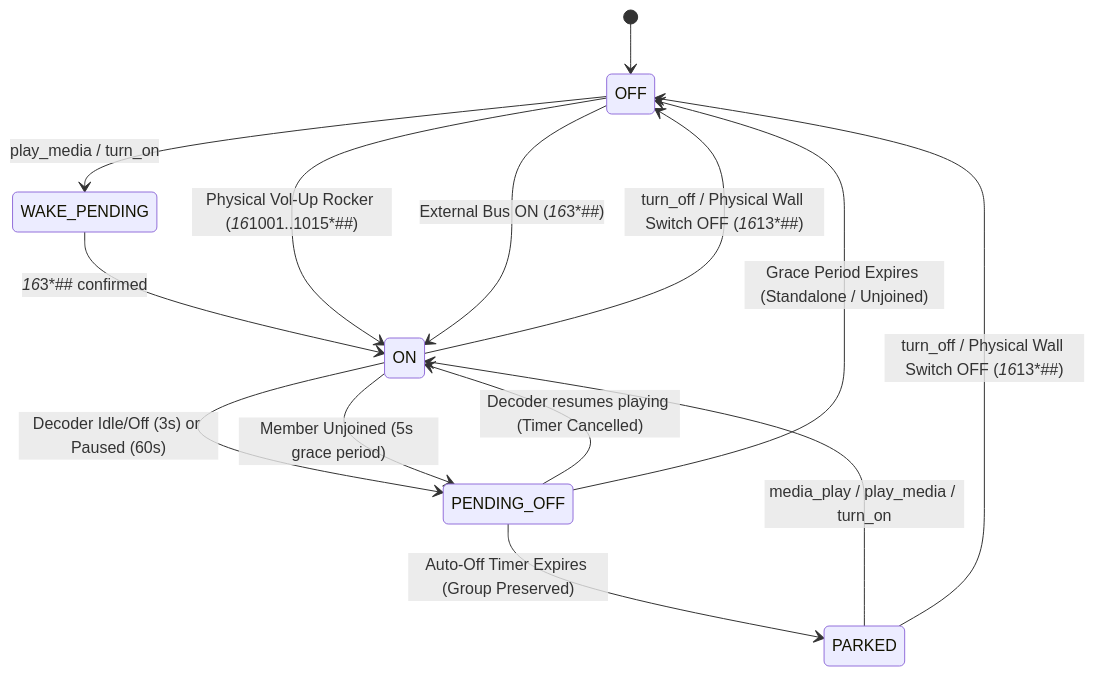
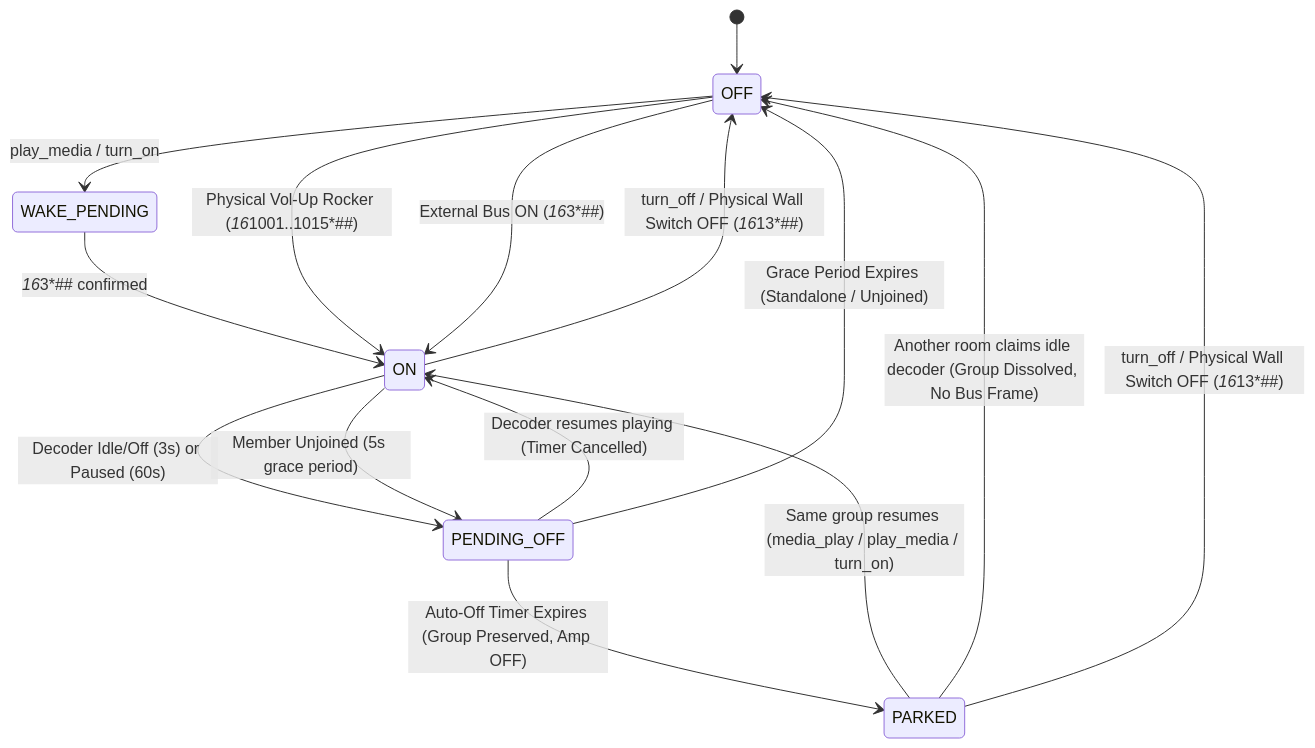
Before and after one commit to GreenGrassBlueOcean/MyHOME: the first of 2 diagrams in docs/configuration/media_player.md, drawn with Mermaid. The commit also changed other lines of this file and 8 other files, not shown here.

First line of the commit message:
fix(media_player): allow claiming idle decoder from parked group and reconcile displaced rooms

````diff
--- a/docs/configuration/media_player.md
+++ b/docs/configuration/media_player.md
@@ -598,16 +598,17 @@
 ```mermaid
 stateDiagram-v2
     [*] --> OFF
     OFF --> WAKE_PENDING: play_media / turn_on
     WAKE_PENDING --> ON: *16*3*<WHERE>## confirmed
     OFF --> ON: Physical Vol-Up Rocker (*16*1001..1015*<WHERE>##)
     OFF --> ON: External Bus ON (*16*3*<WHERE>##)
     ON --> PENDING_OFF: Decoder Idle/Off (3s) or Paused (60s)
     ON --> PENDING_OFF: Member Unjoined (5s grace period)
     PENDING_OFF --> ON: Decoder resumes playing (Timer Cancelled)
-    PENDING_OFF --> PARKED: Auto-Off Timer Expires (Group Preserved)
+    PENDING_OFF --> PARKED: Auto-Off Timer Expires (Group Preserved, Amp OFF)
     PENDING_OFF --> OFF: Grace Period Expires (Standalone / Unjoined)
-    PARKED --> ON: media_play / play_media / turn_on
+    PARKED --> ON: Same group resumes (media_play / play_media / turn_on)
+    PARKED --> OFF: Another room claims idle decoder (Group Dissolved, No Bus Frame)
     PARKED --> OFF: turn_off / Physical Wall Switch OFF (*16*13*<WHERE>##)
     ON --> OFF: turn_off / Physical Wall Switch OFF (*16*13*<WHERE>##)
 ```
````
